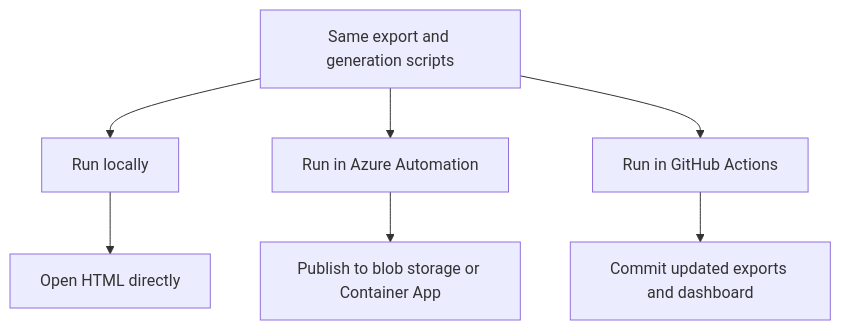
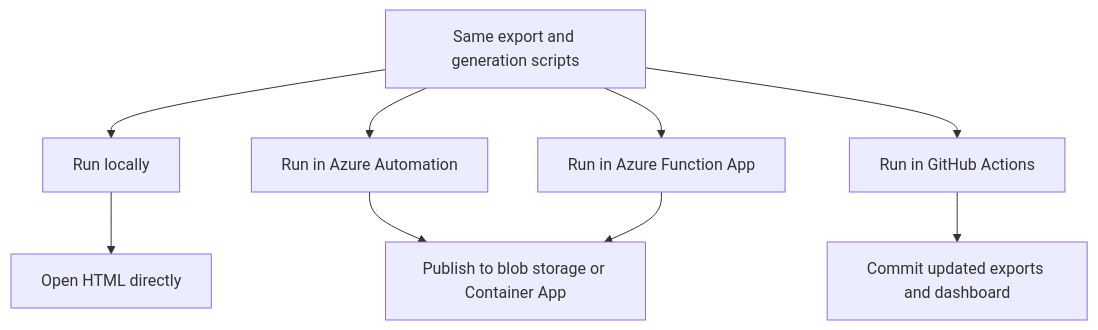
The second of 2 diagrams in README.md (nathanmcnulty/defender-reporting), drawn with Mermaid before and after one commit. The commit also changed other lines of this file and 9 other files, not shown here.

First line of the commit message:
Add Azure Function App (Flex Consumption) as alternative compute type

````diff
--- a/README.md
+++ b/README.md
@@ -127,9 +127,11 @@
 ```mermaid
 flowchart TD
     A["Same export and generation scripts"] --> B["Run locally"]
     A --> C["Run in Azure Automation"]
     A --> D["Run in GitHub Actions"]
+    A --> H["Run in Azure Function App"]
     B --> E["Open HTML directly"]
     C --> F["Publish to blob storage or Container App"]
     D --> G["Commit updated exports and dashboard"]
+    H --> F
 ```
````
